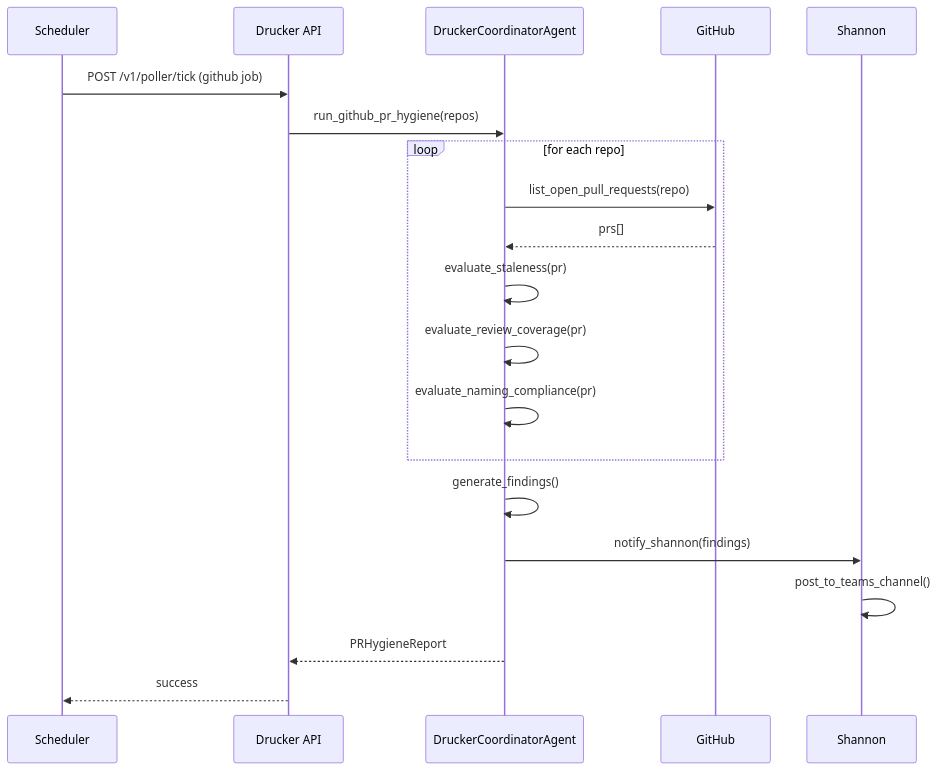
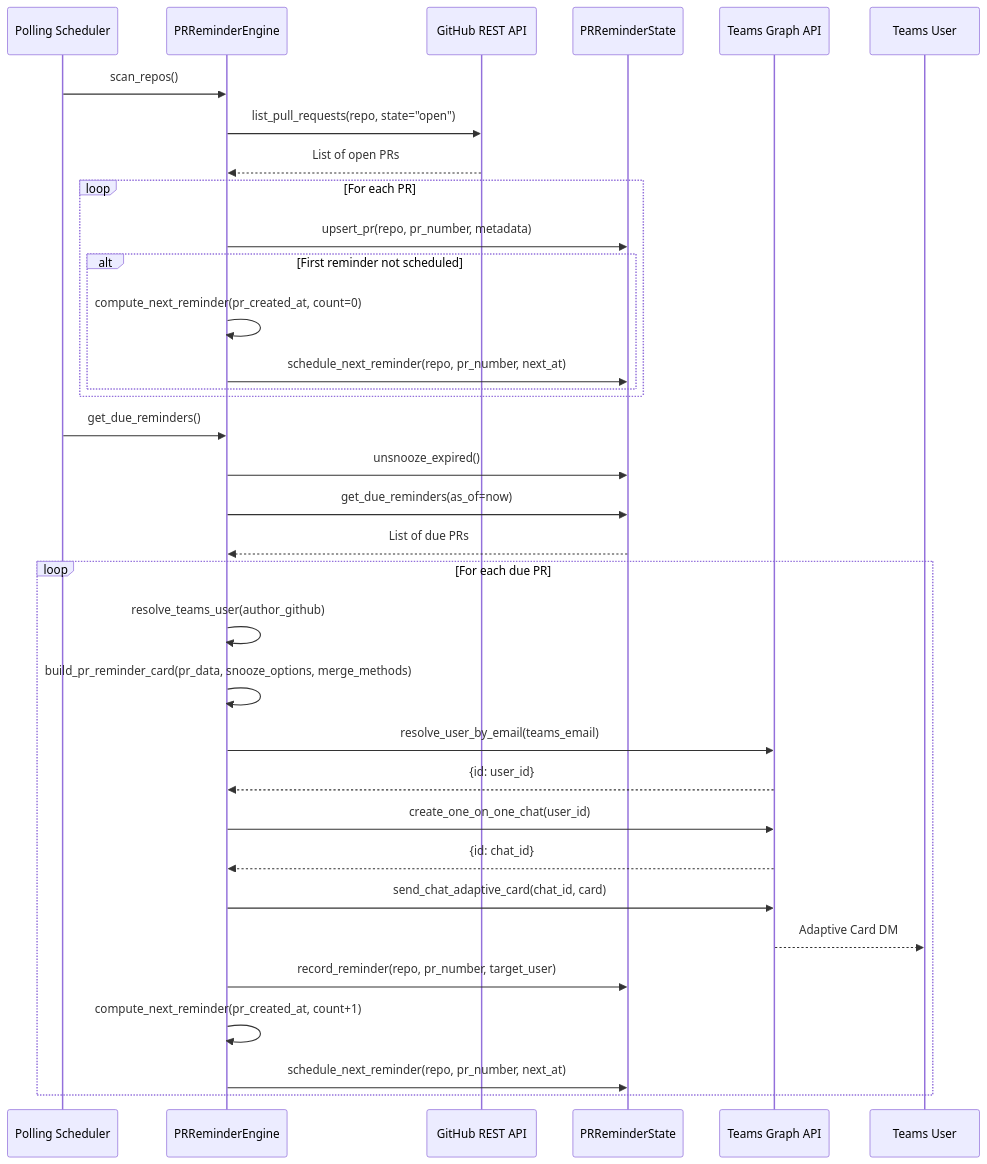
One commit to jmac-cornelis/agent-workforce changed the fourth of 4 diagrams in docs/agents-drucker.md. Above: the diagram before and after it, drawn with Mermaid. The commit also changed other lines of this file and 4 other files, not shown here.

````diff
--- a/docs/agents-drucker.md
+++ b/docs/agents-drucker.md
@@ -138,23 +178,39 @@
 ```mermaid
 sequenceDiagram
-    participant Scheduler
-    participant API as Drucker API
-    participant Agent as DruckerCoordinatorAgent
-    participant GitHub
-    participant Shannon
-    
-    Scheduler->>API: POST /v1/poller/tick (github job)
-    API->>Agent: run_github_pr_hygiene(repos)
-    loop for each repo
-        Agent->>GitHub: list_open_pull_requests(repo)
-        GitHub-->>Agent: prs[]
-        Agent->>Agent: evaluate_staleness(pr)
-        Agent->>Agent: evaluate_review_coverage(pr)
-        Agent->>Agent: evaluate_naming_compliance(pr)
+    participant Poller as Polling Scheduler
+    participant Engine as PRReminderEngine
+    participant GH as GitHub REST API
+    participant State as PRReminderState
+    participant Graph as Teams Graph API
+    participant User as Teams User
+
+    Poller->>Engine: scan_repos()
+    Engine->>GH: list_pull_requests(repo, state="open")
+    GH-->>Engine: List of open PRs
+    loop For each PR
+        Engine->>State: upsert_pr(repo, pr_number, metadata)
+        alt First reminder not scheduled
+            Engine->>Engine: compute_next_reminder(pr_created_at, count=0)
+            Engine->>State: schedule_next_reminder(repo, pr_number, next_at)
+        end
     end
-    Agent->>Agent: generate_findings()
-    Agent->>Shannon: notify_shannon(findings)
-    Shannon->>Shannon: post_to_teams_channel()
-    Agent-->>API: PRHygieneReport
-    API-->>Scheduler: success
+
+    Poller->>Engine: get_due_reminders()
+    Engine->>State: unsnooze_expired()
+    Engine->>State: get_due_reminders(as_of=now)
+    State-->>Engine: List of due PRs
+
+    loop For each due PR
+        Engine->>Engine: resolve_teams_user(author_github)
+        Engine->>Engine: build_pr_reminder_card(pr_data, snooze_options, merge_methods)
+        Engine->>Graph: resolve_user_by_email(teams_email)
+        Graph-->>Engine: {id: user_id}
+        Engine->>Graph: create_one_on_one_chat(user_id)
+        Graph-->>Engine: {id: chat_id}
+        Engine->>Graph: send_chat_adaptive_card(chat_id, card)
+        Graph-->>User: Adaptive Card DM
+        Engine->>State: record_reminder(repo, pr_number, target_user)
+        Engine->>Engine: compute_next_reminder(pr_created_at, count+1)
+        Engine->>State: schedule_next_reminder(repo, pr_number, next_at)
+    end
 ```
````
